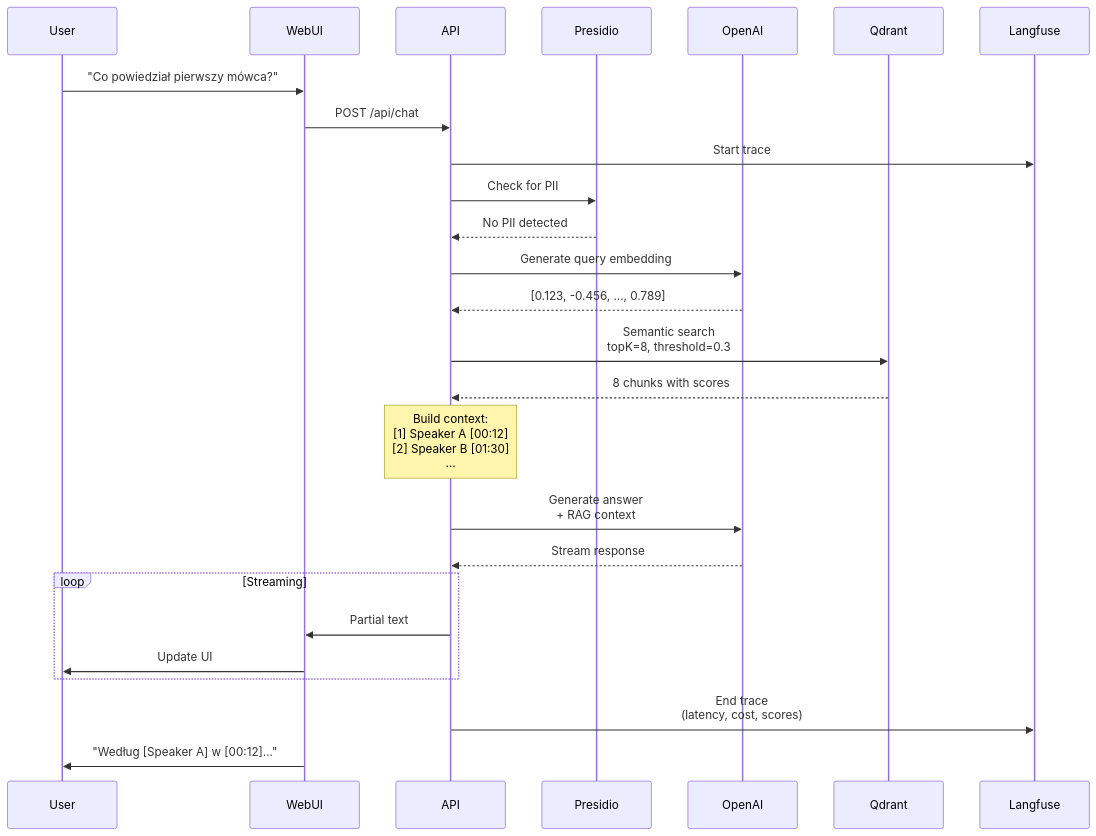
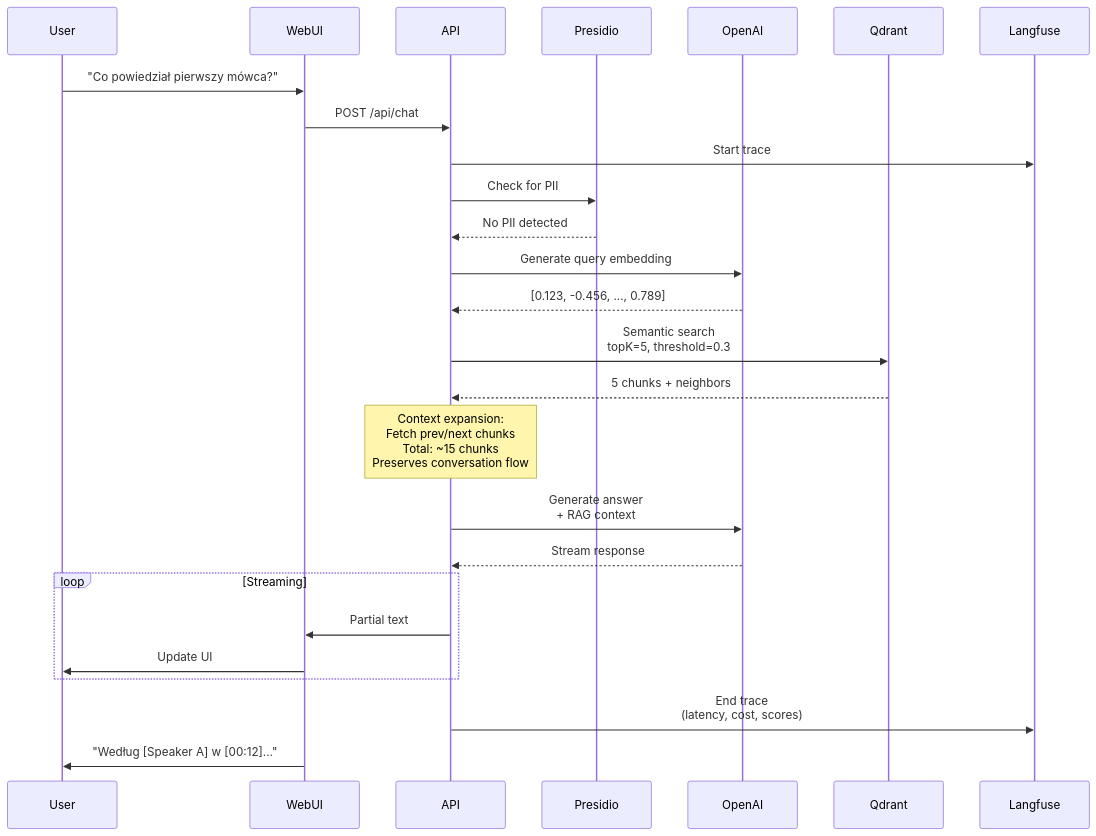
Before and after one commit to matjanos/neuca-chatbot: the third of 16 diagrams in DIAGRAMS.md, drawn with Mermaid. The commit also changed other lines of this file and 13 other files, not shown here.

First line of the commit message:
feat: enhance RAG context expansion and error handling in chat API

````diff
--- a/DIAGRAMS.md
+++ b/DIAGRAMS.md
@@ -86,37 +86,37 @@
 ```mermaid
 sequenceDiagram
     participant User
     participant WebUI
     participant API
     participant Presidio
     participant OpenAI
     participant Qdrant
     participant Langfuse
 
     User->>WebUI: "Co powiedział pierwszy mówca?"
     WebUI->>API: POST /api/chat
 
     API->>Langfuse: Start trace
     API->>Presidio: Check for PII
     Presidio-->>API: No PII detected
 
     API->>OpenAI: Generate query embedding
     OpenAI-->>API: [0.123, -0.456, ..., 0.789]
 
-    API->>Qdrant: Semantic search<br/>topK=8, threshold=0.3
-    Qdrant-->>API: 8 chunks with scores
+    API->>Qdrant: Semantic search<br/>topK=5, threshold=0.3
+    Qdrant-->>API: 5 chunks + neighbors
 
-    Note over API: Build context:<br/>[1] Speaker A [00:12]<br/>[2] Speaker B [01:30]<br/>...
+    Note over API: Context expansion:<br/>Fetch prev/next chunks<br/>Total: ~15 chunks<br/>Preserves conversation flow
 
     API->>OpenAI: Generate answer<br/>+ RAG context
     OpenAI-->>API: Stream response
 
     loop Streaming
         API->>WebUI: Partial text
         WebUI->>User: Update UI
     end
 
     API->>Langfuse: End trace<br/>(latency, cost, scores)
 
     WebUI->>User: "Według [Speaker A] w [00:12]..."
 ```
````
